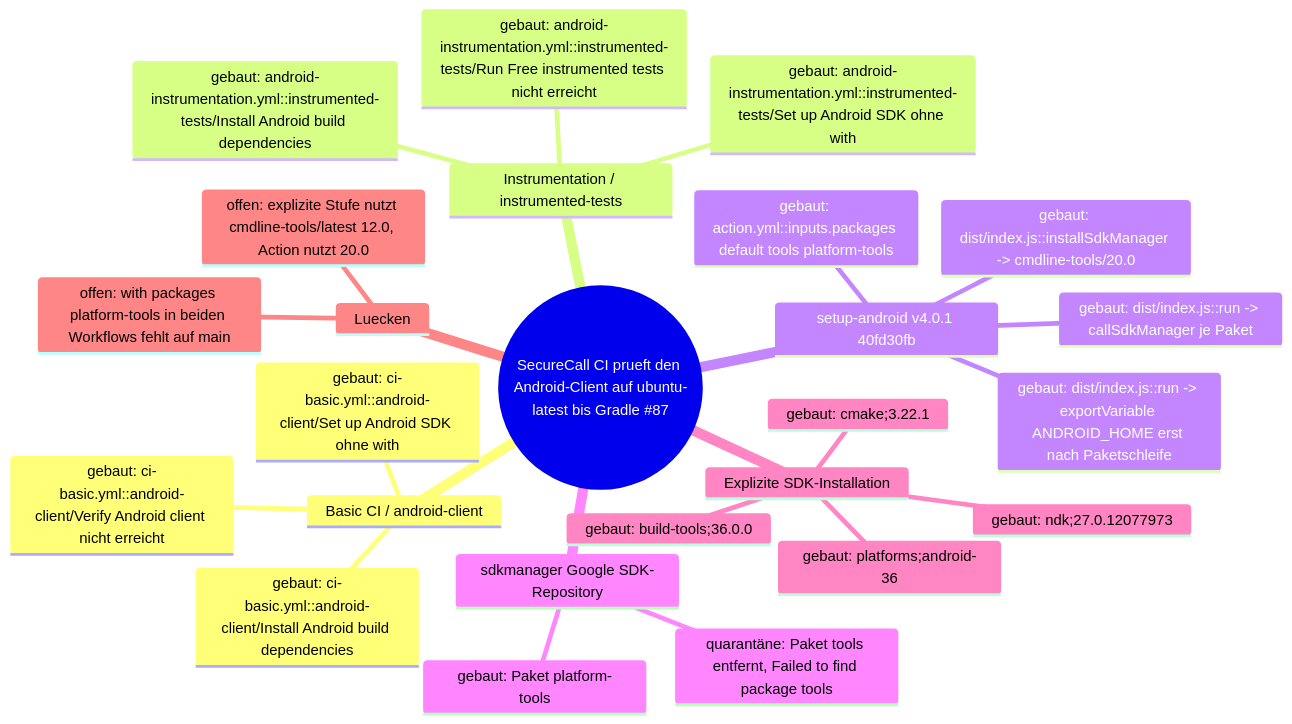
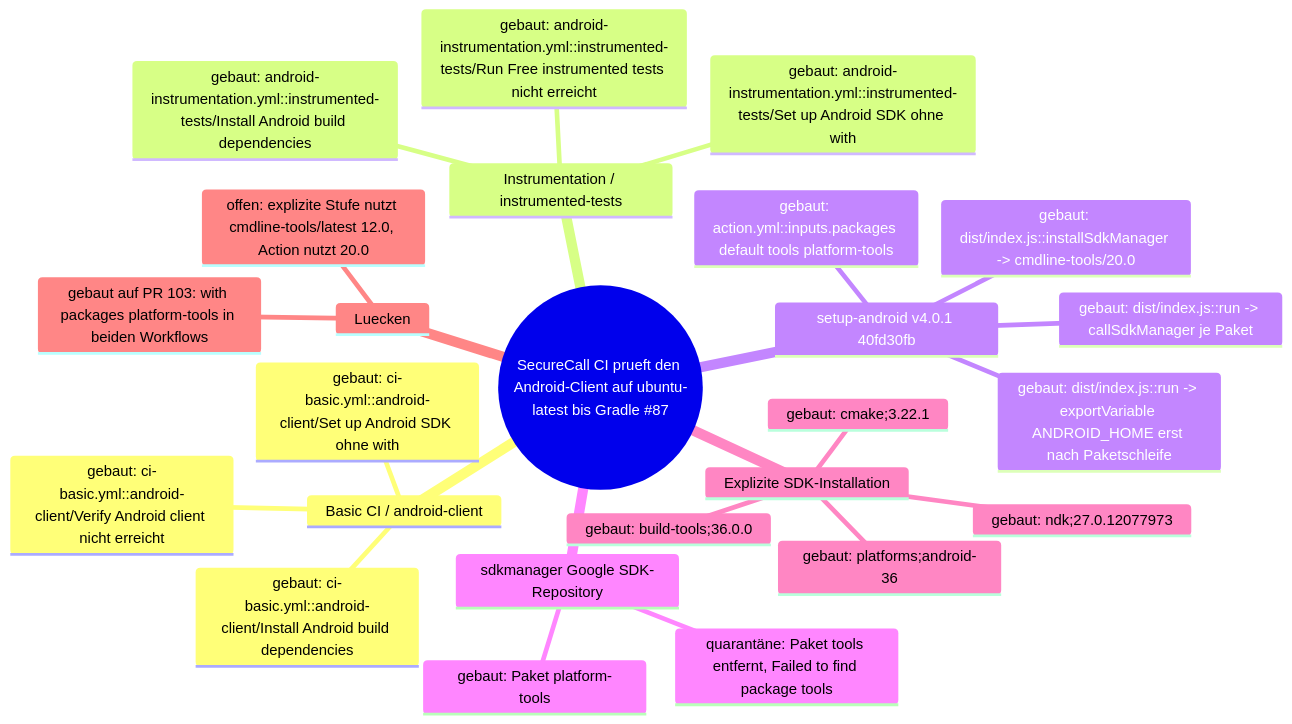
One commit to NeaBouli/stealth changed the diagram in docs/architecture/MAP.md. Above: the diagram before and after it, drawn with Mermaid. The commit also changed other lines of this file and 3 other files, not shown here.

````diff
--- a/docs/architecture/MAP.md
+++ b/docs/architecture/MAP.md
@@ -61,28 +62,28 @@
 ```mermaid
 mindmap
   root((SecureCall CI prueft den Android-Client auf ubuntu-latest bis Gradle #87))
     Basic CI / android-client
       gebaut: ci-basic.yml::android-client/Set up Android SDK ohne with
       gebaut: ci-basic.yml::android-client/Install Android build dependencies
       gebaut: ci-basic.yml::android-client/Verify Android client nicht erreicht
     Instrumentation / instrumented-tests
       gebaut: android-instrumentation.yml::instrumented-tests/Set up Android SDK ohne with
       gebaut: android-instrumentation.yml::instrumented-tests/Install Android build dependencies
       gebaut: android-instrumentation.yml::instrumented-tests/Run Free instrumented tests nicht erreicht
     setup-android v4.0.1 40fd30fb
       gebaut: action.yml::inputs.packages default tools platform-tools
       gebaut: dist/index.js::installSdkManager -> cmdline-tools/20.0
       gebaut: dist/index.js::run -> callSdkManager je Paket
       gebaut: dist/index.js::run -> exportVariable ANDROID_HOME erst nach Paketschleife
     sdkmanager Google SDK-Repository
       quarantäne: Paket tools entfernt, Failed to find package tools
       gebaut: Paket platform-tools
     Explizite SDK-Installation
       gebaut: platforms;android-36
       gebaut: build-tools;36.0.0
       gebaut: cmake;3.22.1
       gebaut: ndk;27.0.12077973
     Luecken
-      offen: with packages platform-tools in beiden Workflows fehlt auf main
+      gebaut auf PR 103: with packages platform-tools in beiden Workflows
       offen: explizite Stufe nutzt cmdline-tools/latest 12.0, Action nutzt 20.0
 ```
````
